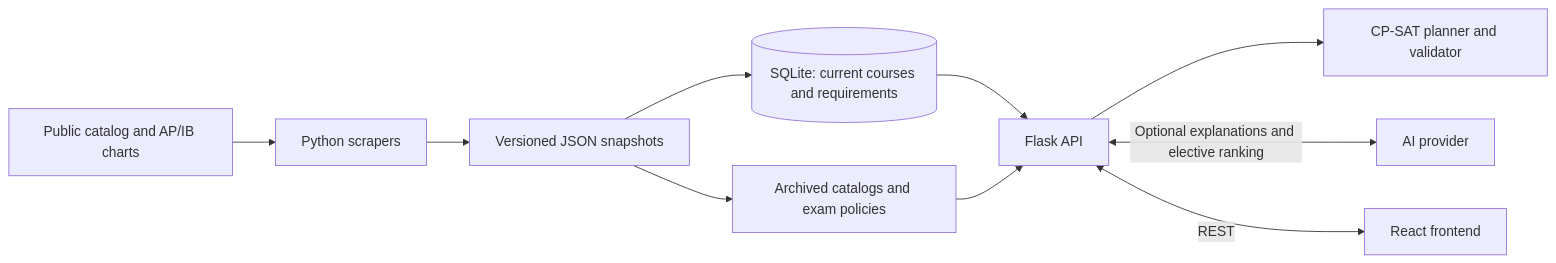
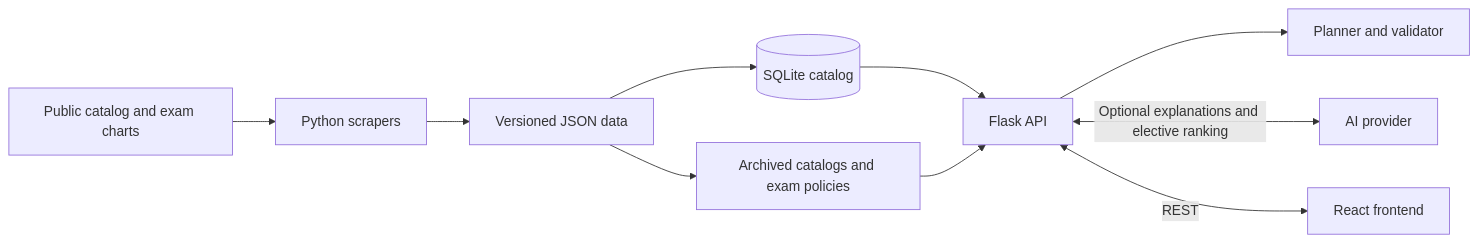
The diagram in README.md (joseph-kelly1/nu-insights), drawn with Mermaid before and after one commit. The commit also changed other lines of this file and 15 other files, not shown here.

````diff
--- a/README.md
+++ b/README.md
@@ -64,12 +89,12 @@
 ```mermaid
 flowchart LR
-    A[Public catalog and AP/IB charts] --> B[Python scrapers]
-    B --> C[Versioned JSON snapshots]
-    C --> D[(SQLite: current courses and requirements)]
+    A[Public catalog and exam charts] --> B[Python scrapers]
+    B --> C[Versioned JSON data]
+    C --> D[(SQLite catalog)]
     C --> E[Archived catalogs and exam policies]
     D --> F[Flask API]
     E --> F
-    F --> G[CP-SAT planner and validator]
+    F --> G[Planner and validator]
     F <-->|Optional explanations and elective ranking| H[AI provider]
     F <-->|REST| I[React frontend]
 ```
````
